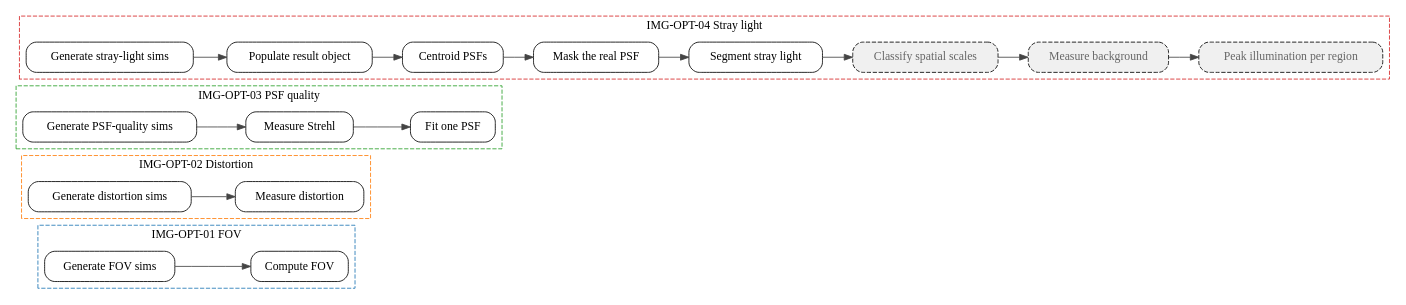
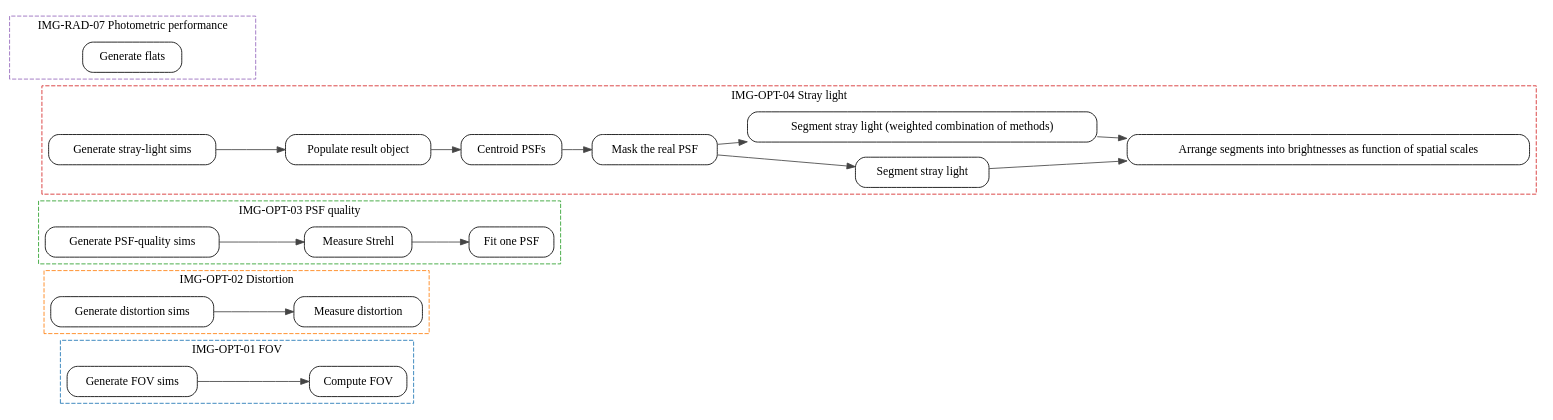
Before and after one commit to mwanakijiji/metis_work: the diagram in docs/uml/pipeline_flow.dot, drawn with Graphviz. The commit also changed 4 other files, not shown here.

```diff
--- a/docs/uml/pipeline_flow.dot
+++ b/docs/uml/pipeline_flow.dot
@@ -1,72 +1,78 @@
 digraph pipeline {
   rankdir=LR;
   node [shape=box, style="rounded,filled", fillcolor="white"];
   edge [color="#444444"];
 
   subgraph cluster_img_opt_01_fov {
     label="IMG-OPT-01 FOV";
     style="dashed";
     color="#1f77b4";
     generate_fov_sim;
     fov_calc;
   }
 
   subgraph cluster_img_opt_02_distortion {
     label="IMG-OPT-02 Distortion";
     style="dashed";
     color="#ff7f0e";
     generate_distortion_sim;
     image_distortion;
   }
 
   subgraph cluster_img_opt_03_psf_quality {
     label="IMG-OPT-03 PSF quality";
     style="dashed";
     color="#2ca02c";
     generate_psf_quality_sim;
+    process_one_psf;
     strehl_psfs;
-    process_one_psf;
   }
 
   subgraph cluster_img_opt_04_stray_light {
     label="IMG-OPT-04 Stray light";
     style="dashed";
     color="#d62728";
     generate_stray_light_sim;
     populate_result_obj_info;
+    stray_light_brightness_spectrum;
     centroid_2passes_oversample;
+    stray_light_segmentation;
+    stray_light_segmentation_combined;
     stray_light_mask_real;
-    stray_light_segmentation;
-    stray_light_spatial_scales;
-    stray_light_background_measurement;
-    stray_light_peak_illumination_per_region;
+  }
+
+  subgraph cluster_img_rad_07_photometric_performance {
+    label="IMG-RAD-07 Photometric performance";
+    style="dashed";
+    color="#9467bd";
+    make_flat_frames;
   }
 
   generate_fov_sim [label="Generate FOV sims"];
   generate_distortion_sim [label="Generate distortion sims"];
   generate_psf_quality_sim [label="Generate PSF-quality sims"];
   generate_stray_light_sim [label="Generate stray-light sims"];
+  make_flat_frames [label="Generate flats"];
   fov_calc [label="Compute FOV"];
   image_distortion [label="Measure distortion"];
+  process_one_psf [label="Fit one PSF"];
   strehl_psfs [label="Measure Strehl"];
-  process_one_psf [label="Fit one PSF"];
   populate_result_obj_info [label="Populate result object"];
+  stray_light_brightness_spectrum [label="Arrange segments into brightnesses as function of spatial scales"];
   centroid_2passes_oversample [label="Centroid PSFs"];
+  stray_light_segmentation [label="Segment stray light"];
+  stray_light_segmentation_combined [label="Segment stray light (weighted combination of methods)"];
   stray_light_mask_real [label="Mask the real PSF"];
-  stray_light_segmentation [label="Segment stray light"];
-  stray_light_spatial_scales [label="Classify spatial scales", style="rounded,dashed,filled", fillcolor="#f0f0f0", fontcolor="#666666"];
-  stray_light_background_measurement [label="Measure background", style="rounded,dashed,filled", fillcolor="#f0f0f0", fontcolor="#666666"];
-  stray_light_peak_illumination_per_region [label="Peak illumination per region", style="rounded,dashed,filled", fillcolor="#f0f0f0", fontcolor="#666666"];
 
   generate_fov_sim -> fov_calc;
   generate_distortion_sim -> image_distortion;
+  strehl_psfs -> process_one_psf;
   generate_psf_quality_sim -> strehl_psfs;
-  strehl_psfs -> process_one_psf;
   generate_stray_light_sim -> populate_result_obj_info;
+  stray_light_segmentation -> stray_light_brightness_spectrum;
+  stray_light_segmentation_combined -> stray_light_brightness_spectrum;
   populate_result_obj_info -> centroid_2passes_oversample;
+  stray_light_mask_real -> stray_light_segmentation;
+  stray_light_mask_real -> stray_light_segmentation_combined;
   centroid_2passes_oversample -> stray_light_mask_real;
-  stray_light_mask_real -> stray_light_segmentation;
-  stray_light_segmentation -> stray_light_spatial_scales;
-  stray_light_spatial_scales -> stray_light_background_measurement;
-  stray_light_background_measurement -> stray_light_peak_illumination_per_region;
 }
```
